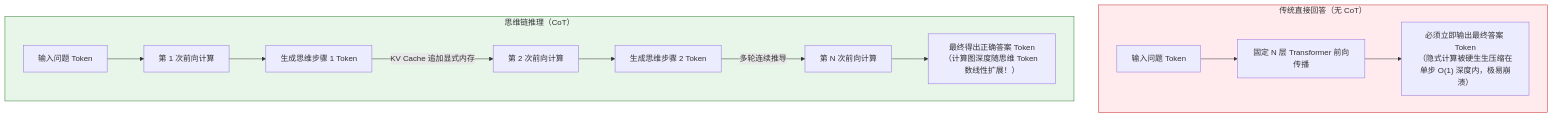
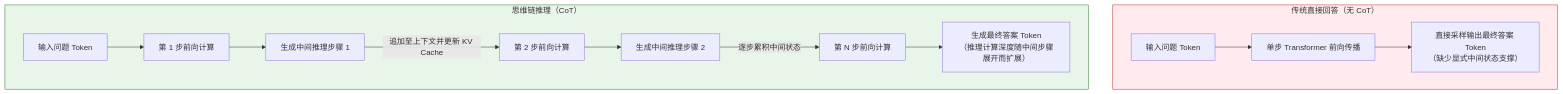
Before and after one commit to GuoWWWX/knowledge-base: the first of 4 diagrams in 10-AI应用开发/01-LLM基础与Prompt/10-CoT思维链.md, drawn with Mermaid. The commit also changed other lines of this file and 251 other files, not shown here.

````diff
--- a/10-AI应用开发/01-LLM基础与Prompt/10-CoT思维链.md
+++ b/10-AI应用开发/01-LLM基础与Prompt/10-CoT思维链.md
@@ -37,19 +31,19 @@
 ```mermaid
-graph TD
+flowchart TD
     subgraph Direct["传统直接回答（无 CoT）"]
-        Q1["输入问题 Token"] --> F1["固定 N 层 Transformer 前向传播"]
-        F1 --> A1["必须立即输出最终答案 Token<br/>（隐式计算被硬生生压缩在单步 O(1) 深度内，极易崩溃）"]
+        Q1["输入问题 Token"] --> F1["单步 Transformer 前向传播"]
+        F1 --> A1["直接采样输出最终答案 Token<br/>（缺少显式中间状态支撑）"]
     end
 
     subgraph CoT["思维链推理（CoT）"]
-        Q2["输入问题 Token"] --> F2["第 1 次前向计算"]
-        F2 --> S1["生成思维步骤 1 Token"]
-        S1 -->|"KV Cache 追加显式内存"| F3["第 2 次前向计算"]
-        F3 --> S2["生成思维步骤 2 Token"]
-        S2 -->|"多轮连续推导"| FN["第 N 次前向计算"]
-        FN --> AN["最终得出正确答案 Token<br/>（计算图深度随思维 Token 数线性扩展！）"]
+        Q2["输入问题 Token"] --> F2["第 1 步前向计算"]
+        F2 --> S1["生成中间推理步骤 1"]
+        S1 -->|"追加至上下文并更新 KV Cache"| F3["第 2 步前向计算"]
+        F3 --> S2["生成中间推理步骤 2"]
+        S2 -->|"逐步累积中间状态"| FN["第 N 步前向计算"]
+        FN --> AN["生成最终答案 Token<br/>（推理计算深度随中间步骤展开而扩展）"]
     end
 
     style Direct fill:#ffebee,stroke:#c62828,stroke-width:1px
     style CoT fill:#e8f5e9,stroke:#2e7d32,stroke-width:1px
 ```
````
